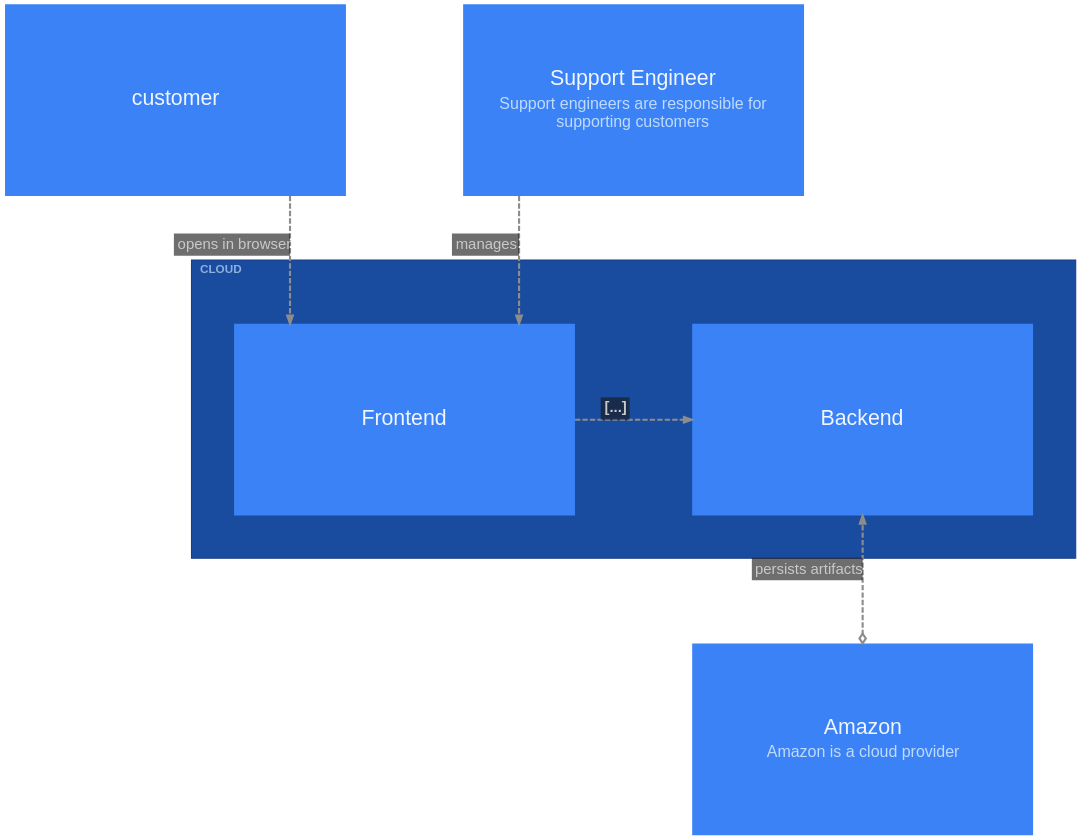
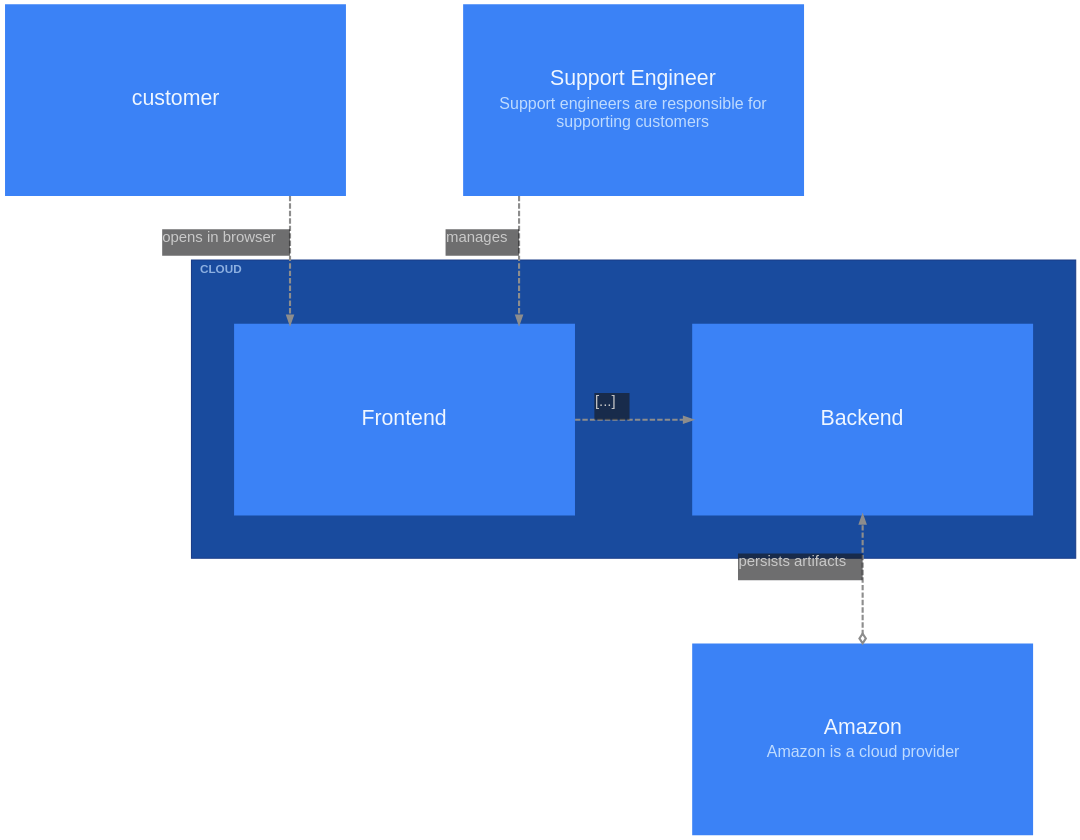
Before and after one commit to likec4/likec4: the diagram in packages/layouts/src/graphviz/__snapshots__/ElementViewPrinter-cloud-ortho.dot, drawn with Graphviz. The commit also changed 82 other files, not shown here.

First line of the commit message:
feat: measure relationship labels and elements with the diagram font (#3494)

```diff
--- a/packages/layouts/src/graphviz/__snapshots__/ElementViewPrinter-cloud-ortho.dot
+++ b/packages/layouts/src/graphviz/__snapshots__/ElementViewPrinter-cloud-ortho.dot
@@ -1,114 +1,119 @@
 digraph {
   likec4_viewId = "cloudOrtho";
   bgcolor = "transparent";
   layout = "dot";
   compound = true;
   rankdir = "TB";
   TBbalance = "min";
   splines = "ortho";
   outputorder = "nodesfirst";
   nodesep = 1.528;
   ranksep = 1.667;
   pad = 0.209;
   fontname = "Arial";
   graph [
     fontsize = 20;
     labeljust = "l";
     labelloc = "t";
     margin = 50.1;
   ];
   edge [
     arrowsize = 0.75;
     fontname = "Arial";
     fontsize = 14;
     penwidth = 2;
     color = "#8D8D8D";
     fontcolor = "#C9C9C9";
     style = "dashed";
   ];
   node [
     fontname = "Arial";
     shape = "rect";
     fillcolor = "#3b82f6";
     fontcolor = "#eff6ff";
     color = "#2563eb";
     style = "filled";
     penwidth = 0;
   ];
   "customer" [
     likec4_id = "customer";
     likec4_level = 0;
     label = <<FONT POINT-SIZE="20">customer</FONT>>;
     margin = "0.223,0.223";
     width = 4.445;
     height = 2.5;
+    fixedsize = true;
   ];
   "support" [
     likec4_id = "support";
     likec4_level = 0;
     label = <<TABLE BORDER="0" CELLPADDING="0" CELLSPACING="4"><TR><TD><FONT POINT-SIZE="20">Support Engineer</FONT></TD></TR><TR><TD><FONT POINT-SIZE="15" COLOR="#bfdbfe">Support engineers are responsible for<BR/>supporting customers</FONT></TD></TR></TABLE>>;
     margin = "0.223,0.223";
     width = 4.445;
     height = 2.5;
+    fixedsize = true;
   ];
   "frontend" [
     likec4_id = "cloud.frontend";
     likec4_level = 1;
     label = <<FONT POINT-SIZE="20">Frontend</FONT>>;
     margin = "0.278,0.306";
     width = 4.445;
     height = 2.5;
+    fixedsize = true;
   ];
   "backend" [
     likec4_id = "cloud.backend";
     likec4_level = 1;
     label = <<FONT POINT-SIZE="20">Backend</FONT>>;
     margin = "0.223,0.223";
     width = 4.445;
     height = 2.5;
+    fixedsize = true;
   ];
   "amazon" [
     likec4_id = "amazon";
     likec4_level = 0;
     label = <<TABLE BORDER="0" CELLPADDING="0" CELLSPACING="4"><TR><TD><FONT POINT-SIZE="20">Amazon</FONT></TD></TR><TR><TD><FONT POINT-SIZE="15" COLOR="#bfdbfe">Amazon is a cloud provider</FONT></TD></TR></TABLE>>;
     margin = "0.223,0.223";
     width = 4.445;
     height = 2.5;
+    fixedsize = true;
   ];
   subgraph "cluster_cloud" {
     likec4_id = "cloud";
     likec4_level = 0;
     likec4_depth = 1;
     fillcolor = "#194b9e";
     color = "#1b3d88";
     style = "filled";
     margin = 40;
     label = <<FONT POINT-SIZE="11" COLOR="#bfdbfeb3"><B>CLOUD</B></FONT>>;
     "frontend";
     "backend";
   }
   "customer" -> "frontend" [
     likec4_id = "customer:cloud.frontend";
-    xlabel = <<TABLE BORDER="0" CELLPADDING="3" CELLSPACING="0" BGCOLOR="#18191BA0"><TR><TD ALIGN="TEXT" BALIGN="LEFT"><FONT POINT-SIZE="14">opens in browser</FONT></TD></TR></TABLE>>;
+    xlabel = <<TABLE FIXEDSIZE="TRUE" WIDTH="120" HEIGHT="25" BORDER="0" CELLPADDING="0" CELLSPACING="0" BGCOLOR="#18191BA0"><TR><TD ALIGN="TEXT" BALIGN="LEFT"><FONT POINT-SIZE="14">opens in browser</FONT></TD></TR></TABLE>>;
     arrowhead = "normal";
   ];
   "support" -> "frontend" [
     likec4_id = "support:cloud.frontend";
-    xlabel = <<TABLE BORDER="0" CELLPADDING="3" CELLSPACING="0" BGCOLOR="#18191BA0"><TR><TD ALIGN="TEXT" BALIGN="LEFT"><FONT POINT-SIZE="14">manages</FONT></TD></TR></TABLE>>;
+    xlabel = <<TABLE FIXEDSIZE="TRUE" WIDTH="69" HEIGHT="25" BORDER="0" CELLPADDING="0" CELLSPACING="0" BGCOLOR="#18191BA0"><TR><TD ALIGN="TEXT" BALIGN="LEFT"><FONT POINT-SIZE="14">manages</FONT></TD></TR></TABLE>>;
     arrowhead = "normal";
   ];
   "frontend" -> "backend" [
     likec4_id = "cloud.frontend:cloud.backend";
-    xlabel = <<TABLE BORDER="0" CELLPADDING="3" CELLSPACING="0" BGCOLOR="#18191BA0"><TR><TD ALIGN="TEXT" BALIGN="LEFT"><FONT POINT-SIZE="14"><B>[...]</B></FONT></TD></TR></TABLE>>;
+    xlabel = <<TABLE FIXEDSIZE="TRUE" WIDTH="33" HEIGHT="25" BORDER="0" CELLPADDING="0" CELLSPACING="0" BGCOLOR="#18191BA0"><TR><TD ALIGN="TEXT" BALIGN="LEFT"><FONT POINT-SIZE="14">[...]</FONT></TD></TR></TABLE>>;
     weight = 2;
     arrowhead = "normal";
     minlen = 0;
   ];
   "backend" -> "amazon" [
     likec4_id = "cloud.backend:amazon";
-    xlabel = <<TABLE BORDER="0" CELLPADDING="3" CELLSPACING="0" BGCOLOR="#18191BA0"><TR><TD ALIGN="TEXT" BALIGN="LEFT"><FONT POINT-SIZE="14">persists artifacts</FONT></TD></TR></TABLE>>;
+    xlabel = <<TABLE FIXEDSIZE="TRUE" WIDTH="117" HEIGHT="25" BORDER="0" CELLPADDING="0" CELLSPACING="0" BGCOLOR="#18191BA0"><TR><TD ALIGN="TEXT" BALIGN="LEFT"><FONT POINT-SIZE="14">persists artifacts</FONT></TD></TR></TABLE>>;
     arrowhead = "normal";
     arrowtail = "odiamond";
     dir = "both";
   ];
 }
```
